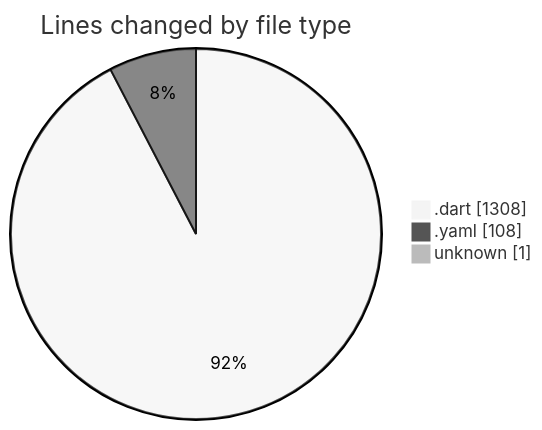
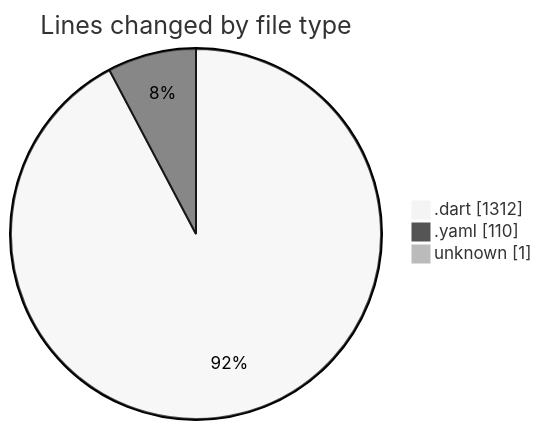
Before and after one commit to donsfak/code-tracking: the first of 2 diagrams in 2025-03-08/uber_clone/README.md, drawn with Mermaid (neutral theme). The commit also changed other lines of this file and 1 other file, not shown here.

````diff
--- a/2025-03-08/uber_clone/README.md
+++ b/2025-03-08/uber_clone/README.md
@@ -24,7 +24,7 @@
 ```mermaid
 pie showData
 title Lines changed by file type
-".dart" : 1308
-".yaml" : 108
+".dart" : 1312
+".yaml" : 110
 "unknown" : 1
 ```
````
